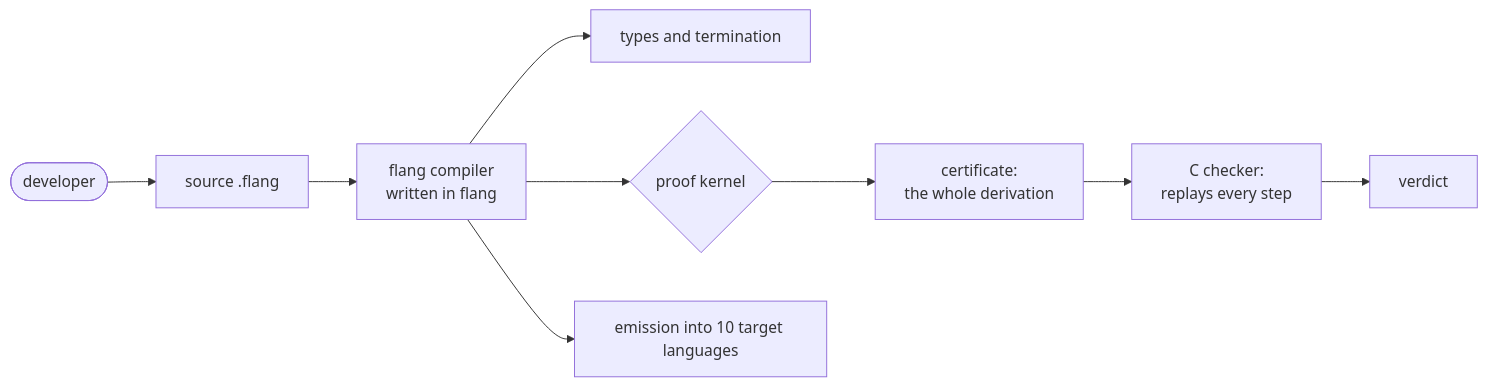
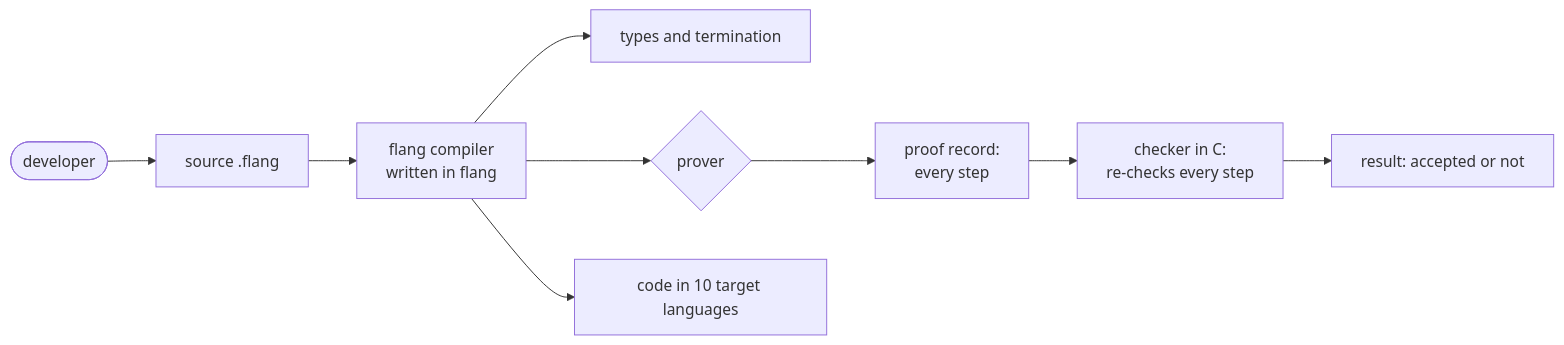
Before and after one commit to MyWWWChat/flang: the diagram in docs/site/index.md, drawn with Mermaid. The commit also changed other lines of this file and 1 other file, not shown here.

````diff
--- a/docs/site/index.md
+++ b/docs/site/index.md
@@ -20,13 +26,13 @@
 ```mermaid Who checks whom
 flowchart LR
   R([developer]) --> S[source .flang]
   S --> K[flang compiler<br>written in flang]
   K --> T[types and termination]
-  K --> Y{proof kernel}
-  Y --> C[certificate:<br>the whole derivation]
-  C --> V[C checker:<br>replays every step]
-  V --> W[verdict]
-  K --> P[emission into 10 target languages]
+  K --> Y{prover}
+  Y --> C[proof record:<br>every step]
+  C --> V[checker in C:<br>re-checks every step]
+  V --> W[result: accepted or not]
+  K --> P[code in 10 target languages]
   class Y glavnoe
   class W vyvod
 ```
````
